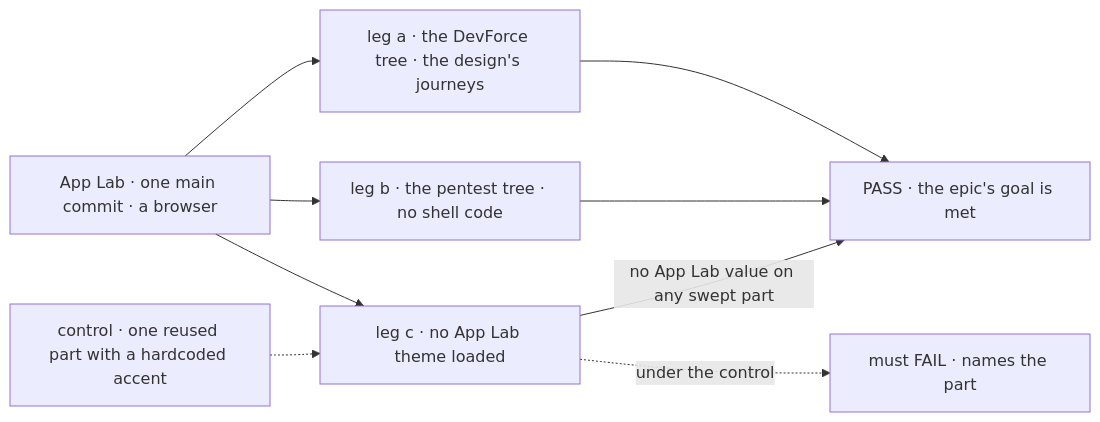
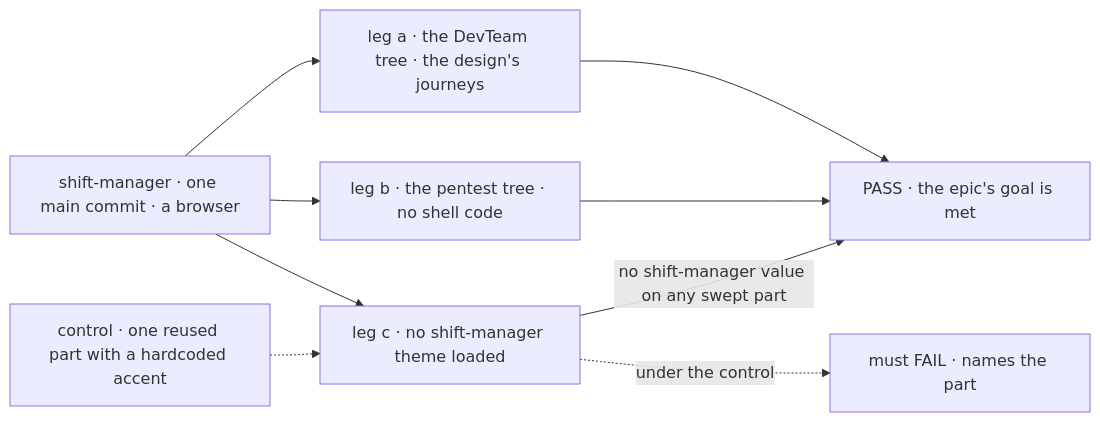
One commit to fixpoint-labs/flow-state-dev changed the first of 2 diagrams in specs/epics/FIX-1649/SPEC.md. Above: the diagram before and after it, drawn with Mermaid. The commit also changed other lines of this file and 383 other files, not shown here.

First line of the commit message:
refactor: rename app-lab to shift-manager (FIX-1706)

````diff
--- a/specs/epics/FIX-1649/SPEC.md
+++ b/specs/epics/FIX-1649/SPEC.md
@@ -38,11 +38,11 @@
 ```mermaid
 flowchart LR
-  A["App Lab · one main commit · a browser"] --> L1["leg a · the DevForce tree · the design's journeys"]
+  A["shift-manager · one main commit · a browser"] --> L1["leg a · the DevTeam tree · the design's journeys"]
   A --> L2["leg b · the pentest tree · no shell code"]
-  A --> L3["leg c · no App Lab theme loaded"]
+  A --> L3["leg c · no shift-manager theme loaded"]
   L1 --> P["PASS · the epic's goal is met"]
   L2 --> P
-  L3 -->|"no App Lab value on any swept part"| P
+  L3 -->|"no shift-manager value on any swept part"| P
   C["control · one reused part with a hardcoded accent"] -.-> L3
   L3 -.->|"under the control"| F["must FAIL · names the part"]
 ```
````
